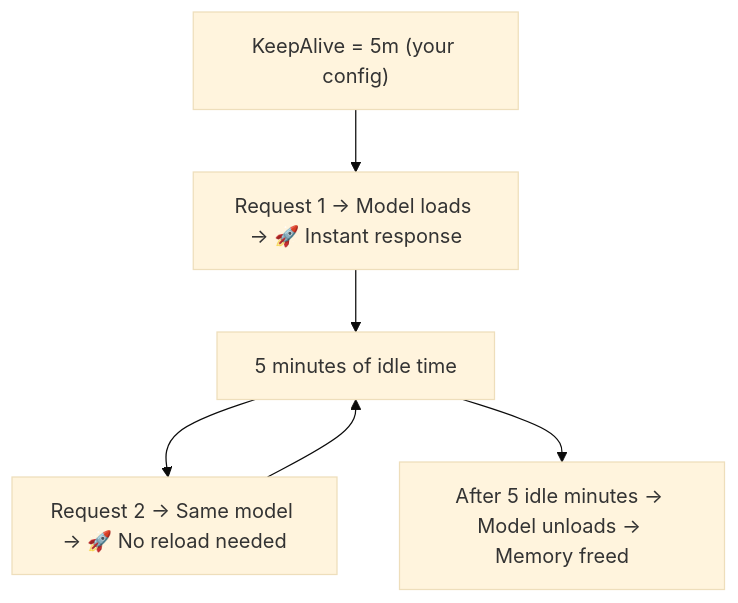
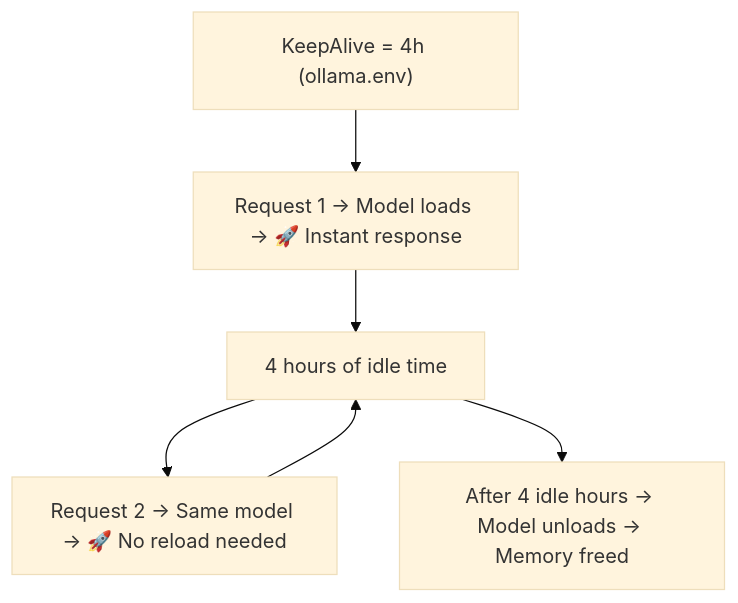
The tenth of 11 diagrams in docs/north-mini-code-params-guide.md (v8tix/inference-workbench), drawn with Mermaid (base theme) before and after one commit. The commit also changed other lines of this file and 7 other files, not shown here.

````diff
--- a/docs/north-mini-code-params-guide.md
+++ b/docs/north-mini-code-params-guide.md
@@ -305,14 +305,14 @@
 ```mermaid
 flowchart TD
     Request1["Request 1 → Model loads → 🚀 Instant response"]
-    Idle["5 minutes of idle time"]
+    Idle["4 hours of idle time"]
     Request2["Request 2 → Same model → 🚀 No reload needed"]
-    Unload["After 5 idle minutes → Model unloads → Memory freed"]
-    Title["KeepAlive = 5m (your config)"]
+    Unload["After 4 idle hours → Model unloads → Memory freed"]
+    Title["KeepAlive = 4h (ollama.env)"]
 
     Title --> Request1
     Request1 --> Idle
     Idle --> Request2
     Request2 --> Idle
     Idle --> Unload
 ```
````
